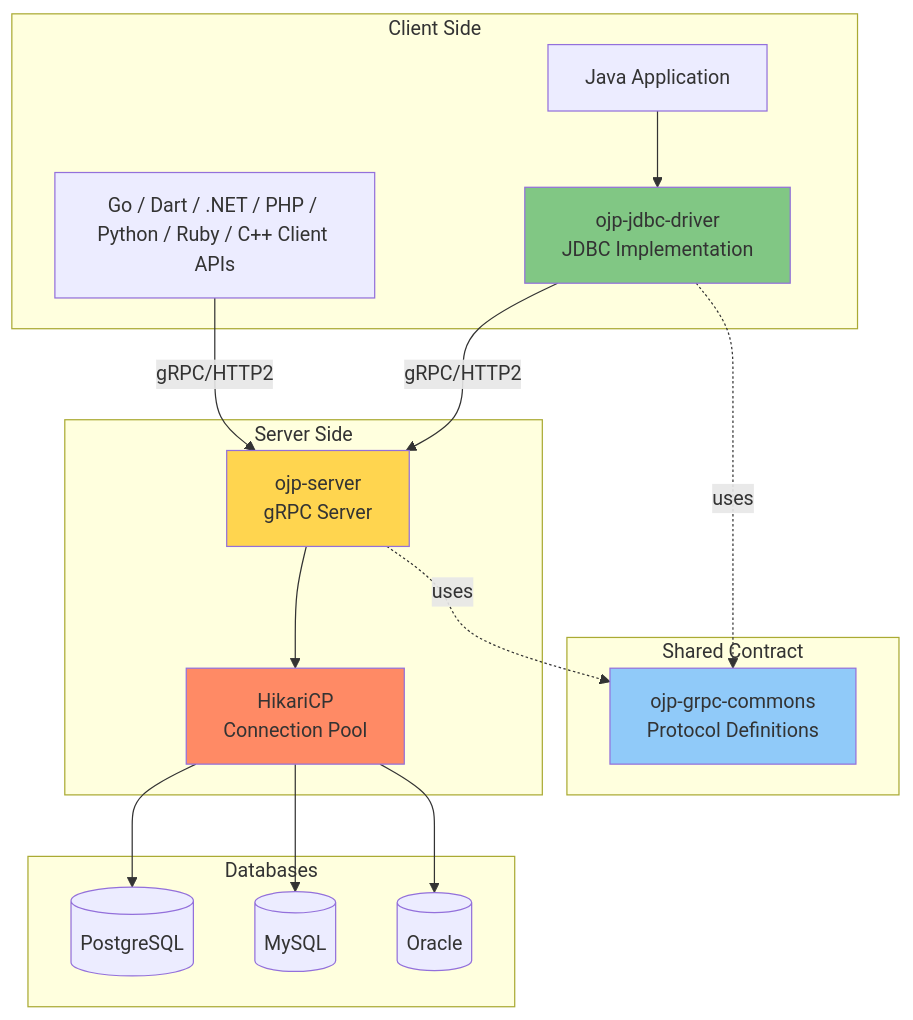
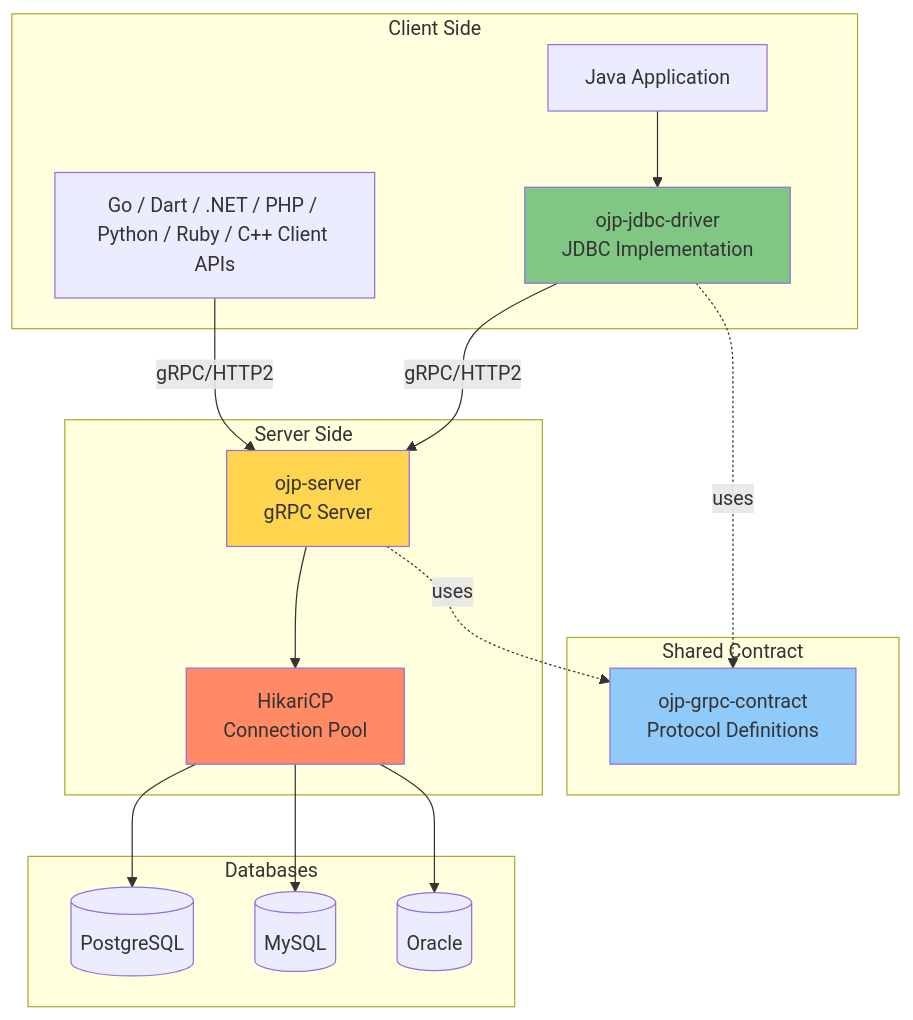
One commit to Open-J-Proxy/ojp changed the first of 19 diagrams in documents/ebook/part1-chapter2-architecture.md. Above: the diagram before and after it, drawn with Mermaid. The commit also changed other lines of this file and 30 other files, not shown here.

````diff
--- a/documents/ebook/part1-chapter2-architecture.md
+++ b/documents/ebook/part1-chapter2-architecture.md
@@ -13,38 +13,38 @@
 ```mermaid
 graph TB
     subgraph "Client Side"
     APP[Java Application]
     DRIVER[ojp-jdbc-driver<br/>JDBC Implementation]
     OTHER[Go / Dart / .NET / PHP / Python / Ruby / C++ Client APIs]
     end
     
     subgraph "Shared Contract"
-    GRPC[ojp-grpc-commons<br/>Protocol Definitions]
+    GRPC[ojp-grpc-contract<br/>Protocol Definitions]
     end
     
     subgraph "Server Side"
     SERVER[ojp-server<br/>gRPC Server]
     HIKARI[HikariCP<br/>Connection Pool]
     end
     
     subgraph "Databases"
     DB1[(PostgreSQL)]
     DB2[(MySQL)]
     DB3[(Oracle)]
     end
     
     APP --> DRIVER
     OTHER -->|gRPC/HTTP2| SERVER
     DRIVER -.->|uses| GRPC
     DRIVER -->|gRPC/HTTP2| SERVER
     SERVER -.->|uses| GRPC
     SERVER --> HIKARI
     HIKARI --> DB1
     HIKARI --> DB2
     HIKARI --> DB3
     
     style DRIVER fill:#81c784
     style SERVER fill:#ffd54f
     style GRPC fill:#90caf9
     style HIKARI fill:#ff8a65
 ```
````
